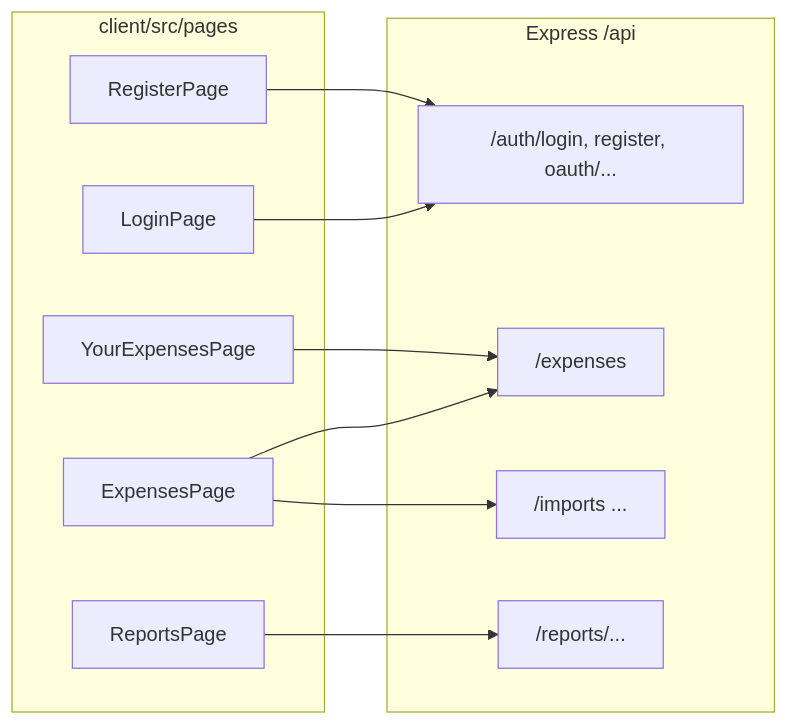
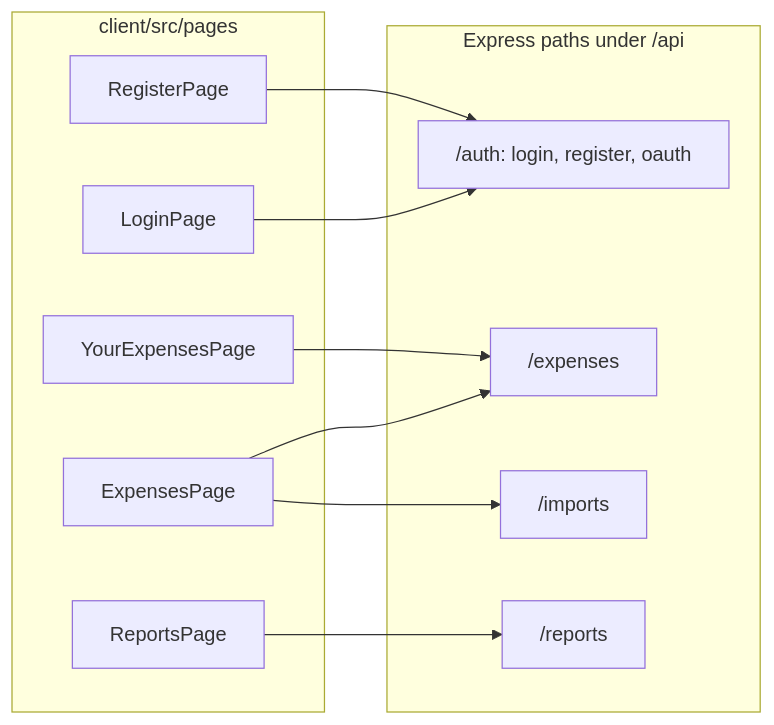
Before and after one commit to becomeonewiththecode/expense_tracker: the seventh of 10 diagrams in docs/ARCHITECTURE_DIAGRAM.md, drawn with Mermaid. The commit also changed other lines of this file and 6 other files, not shown here.

````diff
--- a/docs/ARCHITECTURE_DIAGRAM.md
+++ b/docs/ARCHITECTURE_DIAGRAM.md
@@ -215,23 +221,23 @@
 ```mermaid
 flowchart LR
   subgraph pages [client/src/pages]
     LP[LoginPage]
     RP[RegisterPage]
     EP[ExpensesPage]
     YEP[YourExpensesPage]
     RPg[ReportsPage]
   end
 
-  subgraph api [Express /api]
-    A1["/auth/login, register, oauth/..."]
+  subgraph api [Express paths under /api]
+    A1["/auth: login, register, oauth"]
     A2["/expenses"]
-    A3["/imports ..."]
-    A4["/reports/..."]
+    A3["/imports"]
+    A4["/reports"]
   end
 
   LP --> A1
   RP --> A1
   EP --> A2 & A3
   YEP --> A2
   RPg --> A4
 ```
````
